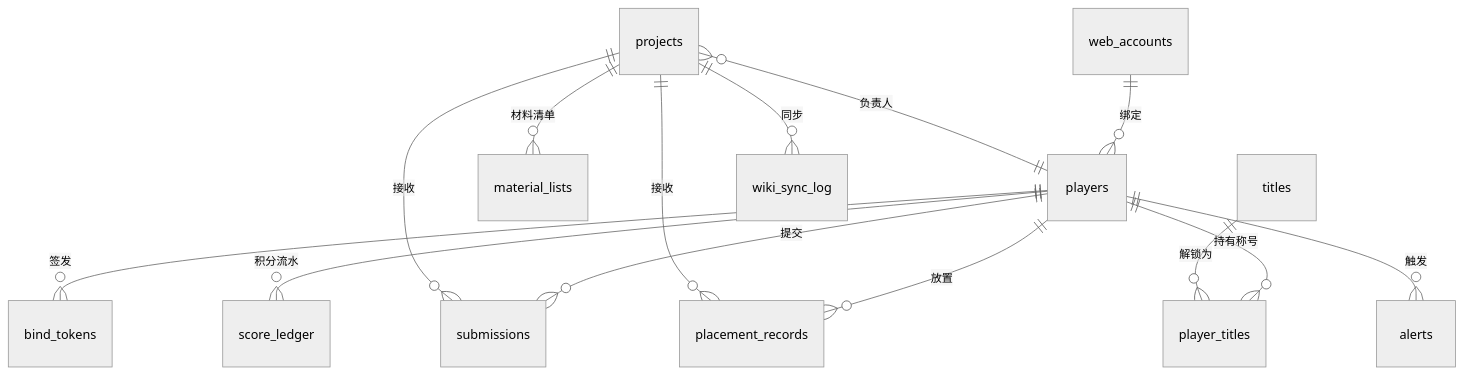
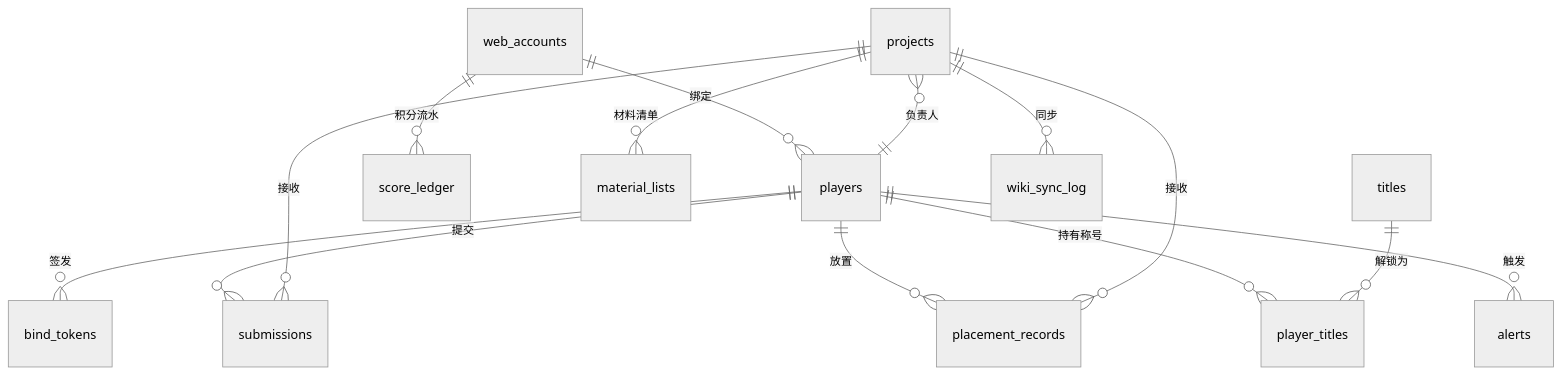
The first of 3 diagrams in Docs/architecture/data-model.md (YuShenLiu06/PCHSystem), drawn with Mermaid (neutral theme) before and after one commit. The commit also changed other lines of this file, not shown here.

````diff
--- a/Docs/architecture/data-model.md
+++ b/Docs/architecture/data-model.md
@@ -63,16 +63,16 @@
 ```mermaid
 erDiagram
     web_accounts ||--o{ players : "绑定"
     players ||--o{ bind_tokens : "签发"
+    web_accounts ||--o{ score_ledger : "积分流水"
     players ||--o{ submissions : "提交"
     players ||--o{ placement_records : "放置"
-    players ||--o{ score_ledger : "积分流水"
     players ||--o{ player_titles : "持有称号"
     projects ||--o{ material_lists : "材料清单"
     projects ||--o{ submissions : "接收"
     projects ||--o{ placement_records : "接收"
     projects }o--|| players : "负责人"
     titles ||--o{ player_titles : "解锁为"
     projects ||--o{ wiki_sync_log : "同步"
     players ||--o{ alerts : "触发"
 ```
````
